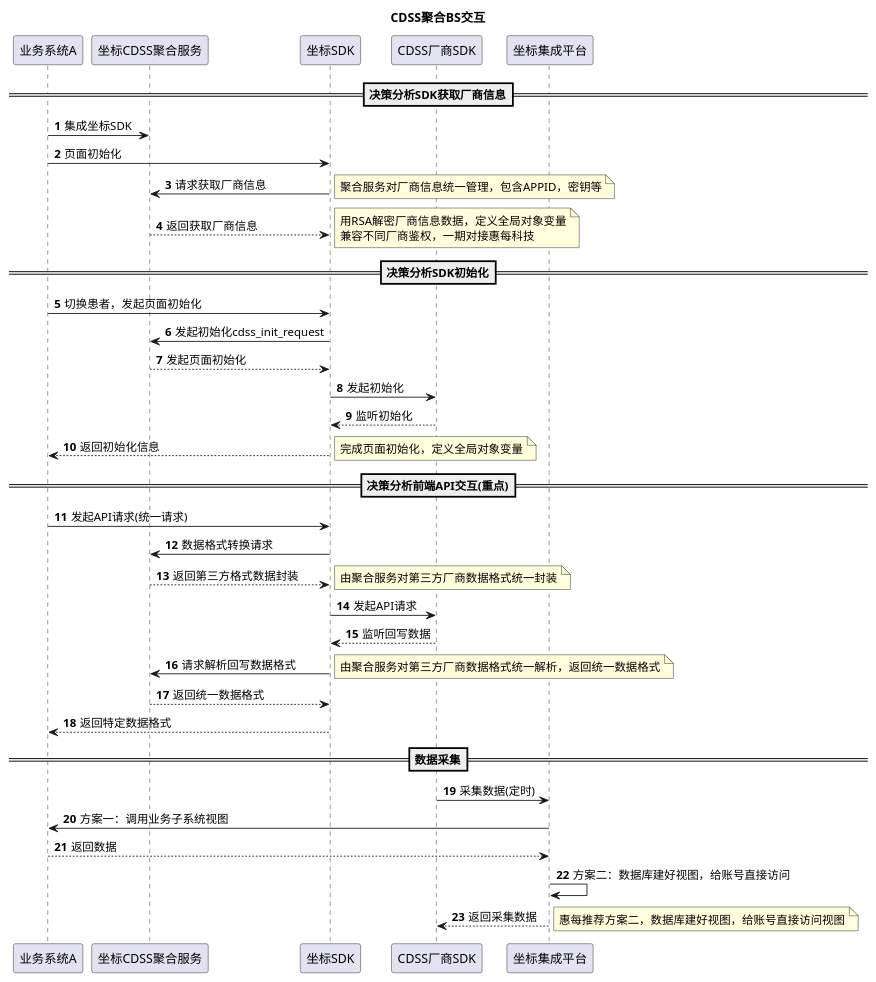
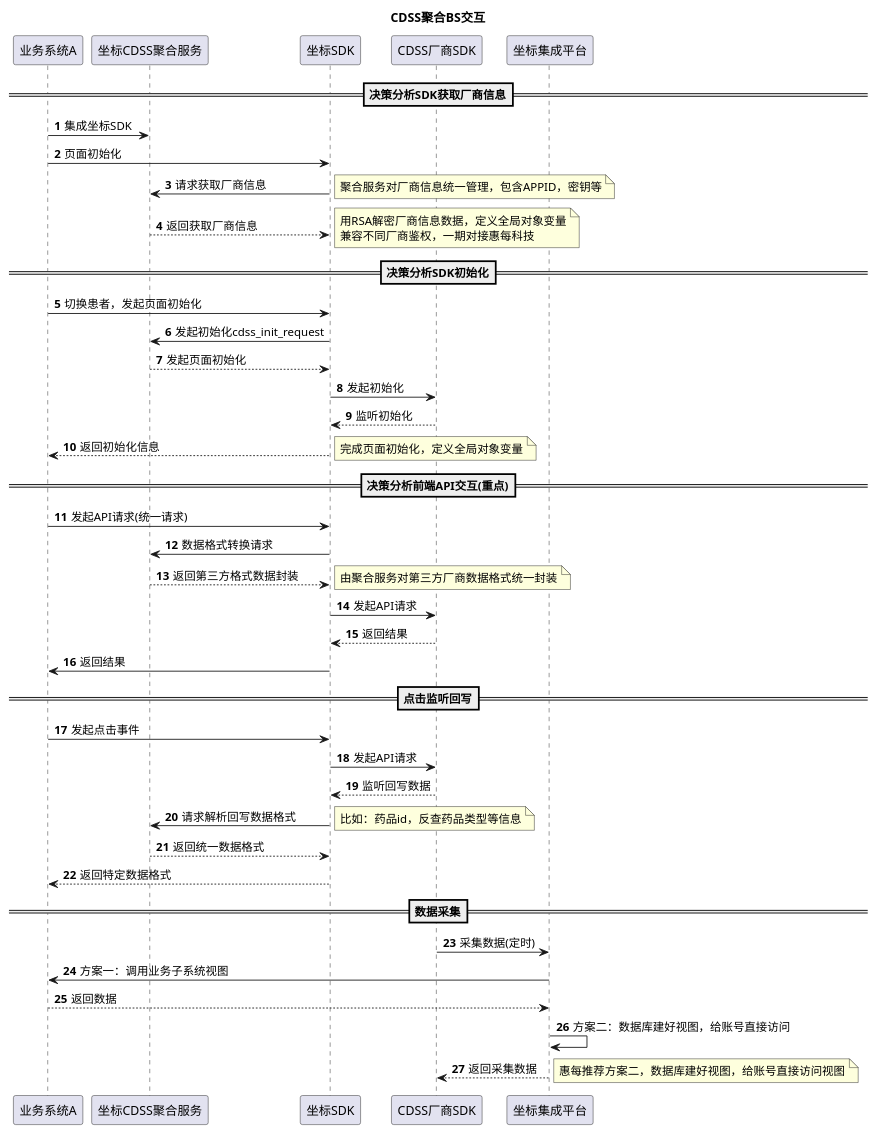
The diagram in uml/cnhis/CDSS聚合交互.puml (aoheng/PlantUML), drawn with PlantUML before and after one commit.

Commit message:
feat: cdss知识库

```diff
--- a/uml/cnhis/CDSS聚合交互.puml
+++ b/uml/cnhis/CDSS聚合交互.puml
@@ -1,57 +1,64 @@
 @startuml
 'https://plantuml.com/sequence-diagram
 title CDSS聚合BS交互
 autonumber
 
 ==决策分析SDK获取厂商信息==
 业务系统A -> 坐标CDSS聚合服务: 集成坐标SDK
 业务系统A -> 坐标SDK: 页面初始化
 坐标SDK -> 坐标CDSS聚合服务: 请求获取厂商信息
 note right
 聚合服务对厂商信息统一管理，包含APPID，密钥等
 end note
 坐标SDK <-- 坐标CDSS聚合服务: 返回获取厂商信息
 note right
 用RSA解密厂商信息数据，定义全局对象变量
 兼容不同厂商鉴权，一期对接惠每科技
 end note
 
 ==决策分析SDK初始化==
 业务系统A ->坐标SDK: 切换患者，发起页面初始化
 坐标SDK -> 坐标CDSS聚合服务:发起初始化cdss_init_request
 坐标SDK <-- 坐标CDSS聚合服务:发起页面初始化
 坐标SDK -> CDSS厂商SDK:发起初始化
 坐标SDK <-- CDSS厂商SDK:监听初始化
 业务系统A <-- 坐标SDK:返回初始化信息
 note right
 完成页面初始化，定义全局对象变量
 end note
 
 
 ==决策分析前端API交互(重点)==
 业务系统A ->坐标SDK: 发起API请求(统一请求)
 坐标SDK ->坐标CDSS聚合服务: 数据格式转换请求
 坐标CDSS聚合服务 -->坐标SDK: 返回第三方格式数据封装
 note right
 由聚合服务对第三方厂商数据格式统一封装
 end note
 坐标SDK ->CDSS厂商SDK: 发起API请求
+坐标SDK <--CDSS厂商SDK: 返回结果
+业务系统A <- 坐标SDK:返回结果
+
+
+==点击监听回写==
+业务系统A ->坐标SDK: 发起点击事件
+坐标SDK ->CDSS厂商SDK: 发起API请求
 坐标SDK <--CDSS厂商SDK: 监听回写数据
 坐标CDSS聚合服务 <- 坐标SDK:请求解析回写数据格式
 note right
-由聚合服务对第三方厂商数据格式统一解析，返回统一数据格式
+比如：药品id，反查药品类型等信息
 end note
 坐标CDSS聚合服务 --> 坐标SDK:返回统一数据格式
 业务系统A <-- 坐标SDK:返回特定数据格式
 
 
 ==数据采集==
 CDSS厂商SDK ->坐标集成平台:采集数据(定时)
 坐标集成平台 ->业务系统A:方案一：调用业务子系统视图
 业务系统A --> 坐标集成平台: 返回数据
 坐标集成平台 ->坐标集成平台:方案二：数据库建好视图，给账号直接访问
 CDSS厂商SDK <--坐标集成平台: 返回采集数据
 note right
 惠每推荐方案二，数据库建好视图，给账号直接访问视图
 end note
 @enduml
```
